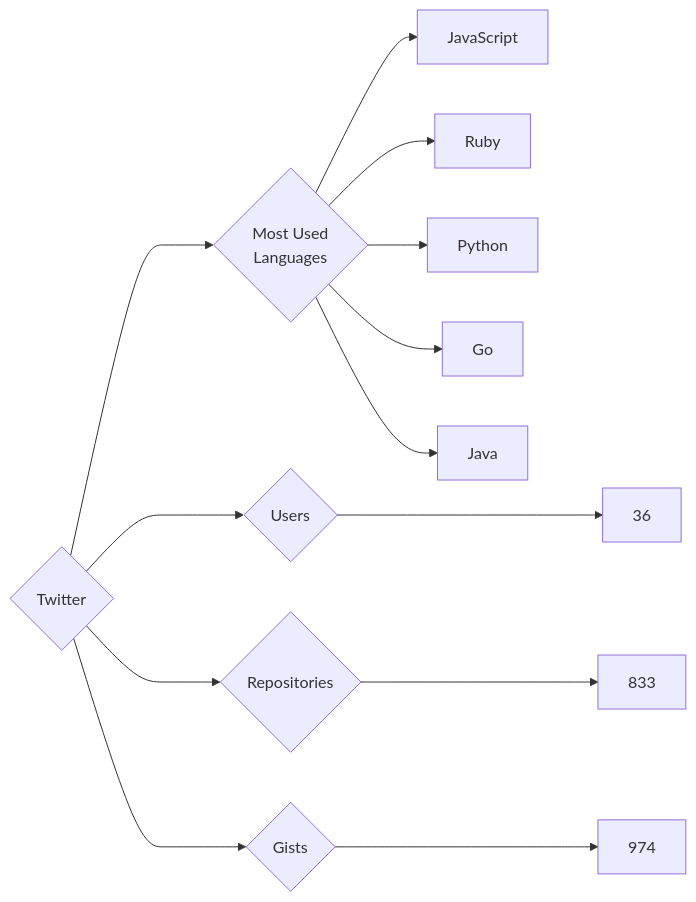
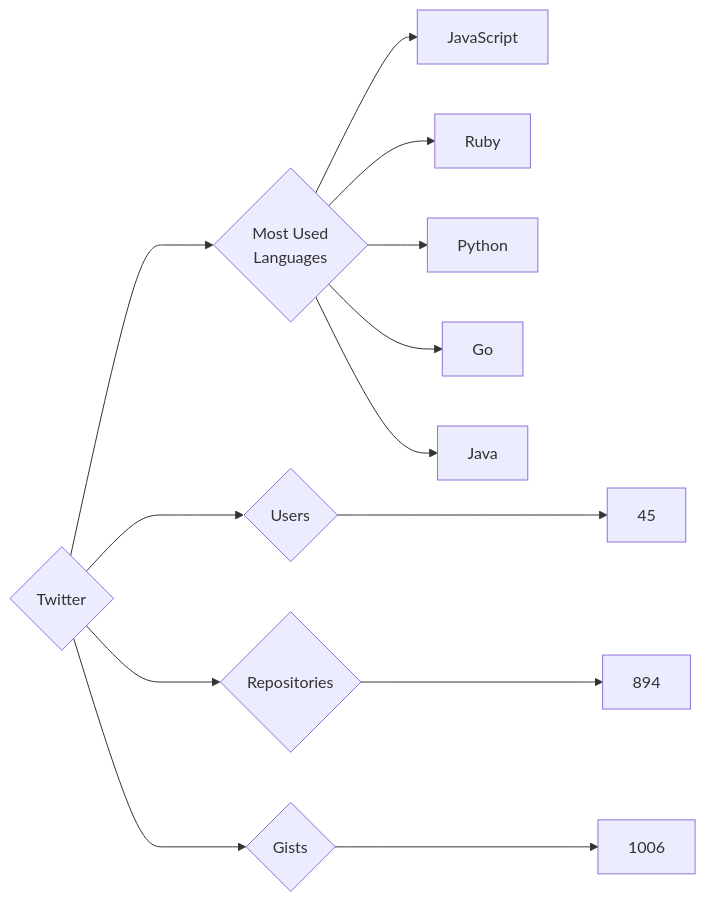
Before and after one commit to trickest/insiders: the diagram in targets/Twitter/README.md, drawn with Mermaid. The commit also changed 839 other files, not shown here.

````diff
--- a/targets/Twitter/README.md
+++ b/targets/Twitter/README.md
@@ -3,13 +3,13 @@
 ```mermaid
 graph LR
 COMPANY_NAME{Twitter}
-COMPANY_NAME ---> U{Users} ---> UN[36]
-COMPANY_NAME ---> R{Repositories} ---> RN[833]
-COMPANY_NAME ---> G{Gists} ---> GN[974]
+COMPANY_NAME ---> U{Users} ---> UN[45]
+COMPANY_NAME ---> R{Repositories} ---> RN[894]
+COMPANY_NAME ---> G{Gists} ---> GN[1006]
 COMPANY_NAME ---> ML{Most Used<br>Languages}
 ML --> JavaScript[JavaScript]
 ML --> Ruby[Ruby]
 ML --> Python[Python]
 ML --> Go[Go]
 ML --> Java[Java]
 ```
````
